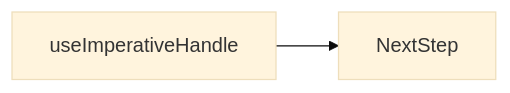
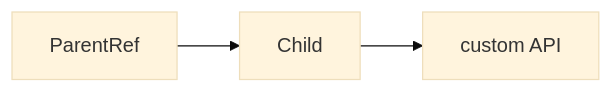
One commit to OmidJavaherii/Frontend-Engineering-Handbook changed the first of 2 diagrams in docs/en/10-react/useimperativehandle/index.md. Above: the diagram before and after it, drawn with Mermaid (base theme). The commit also changed other lines of this file and 461 other files, not shown here.

````diff
--- a/docs/en/10-react/useimperativehandle/index.md
+++ b/docs/en/10-react/useimperativehandle/index.md
@@ -95,4 +56,4 @@
 ```mermaid
 flowchart LR
-  concept[useImperativeHandle] --> nextStep[NextStep]
+  ParentRef --> Child --> Handle[custom API]
 ```
````
